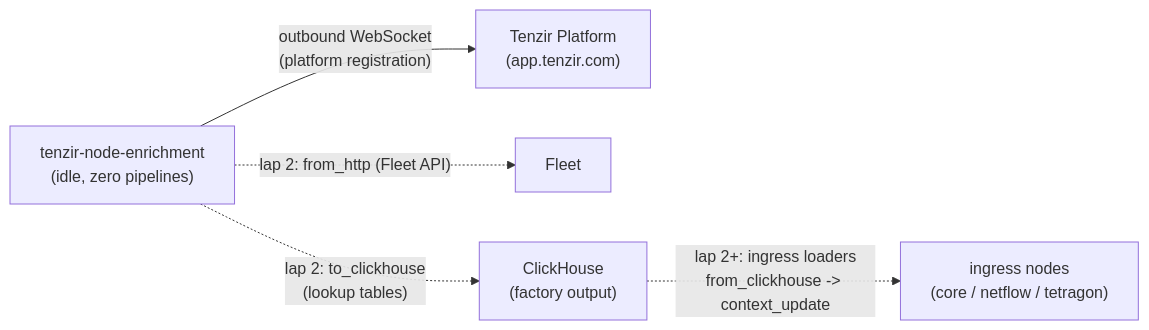
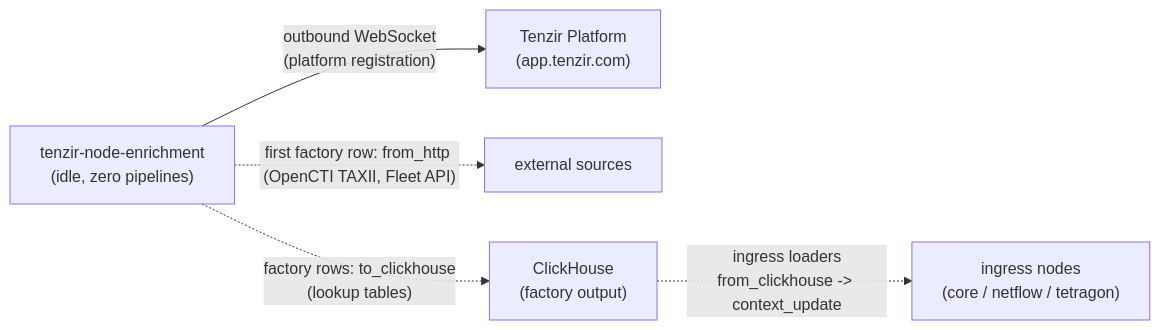
Before and after one commit to Apocrathia/homelab: the diagram in flux/manifests/04-apps/security/tenzir/nodes/enrichment/README.md, drawn with Mermaid. The commit also changed other lines of this file and 119 other files, not shown here.

First line of the commit message:
feat(tenzir): add OpenCTI OSINT intel lane plumbing

````diff
--- a/flux/manifests/04-apps/security/tenzir/nodes/enrichment/README.md
+++ b/flux/manifests/04-apps/security/tenzir/nodes/enrichment/README.md
@@ -59,7 +73,7 @@
 ```mermaid
 flowchart LR
     EN["tenzir-node-enrichment<br/>(idle, zero pipelines)"] -->|"outbound WebSocket<br/>(platform registration)"| PLAT["Tenzir Platform<br/>(app.tenzir.com)"]
-    EN -.->|"lap 2: from_http (Fleet API)"| FLEET["Fleet"]
-    EN -.->|"lap 2: to_clickhouse<br/>(lookup tables)"| CH["ClickHouse<br/>(factory output)"]
-    CH -.->|"lap 2+: ingress loaders<br/>from_clickhouse -> context_update"| ING["ingress nodes<br/>(core / netflow / tetragon)"]
+    EN -.->|"first factory row: from_http (OpenCTI TAXII, Fleet API)"| SRC["external sources"]
+    EN -.->|"factory rows: to_clickhouse<br/>(lookup tables)"| CH["ClickHouse<br/>(factory output)"]
+    CH -.->|"ingress loaders<br/>from_clickhouse -> context_update"| ING["ingress nodes<br/>(core / netflow / tetragon)"]
 ```
````
